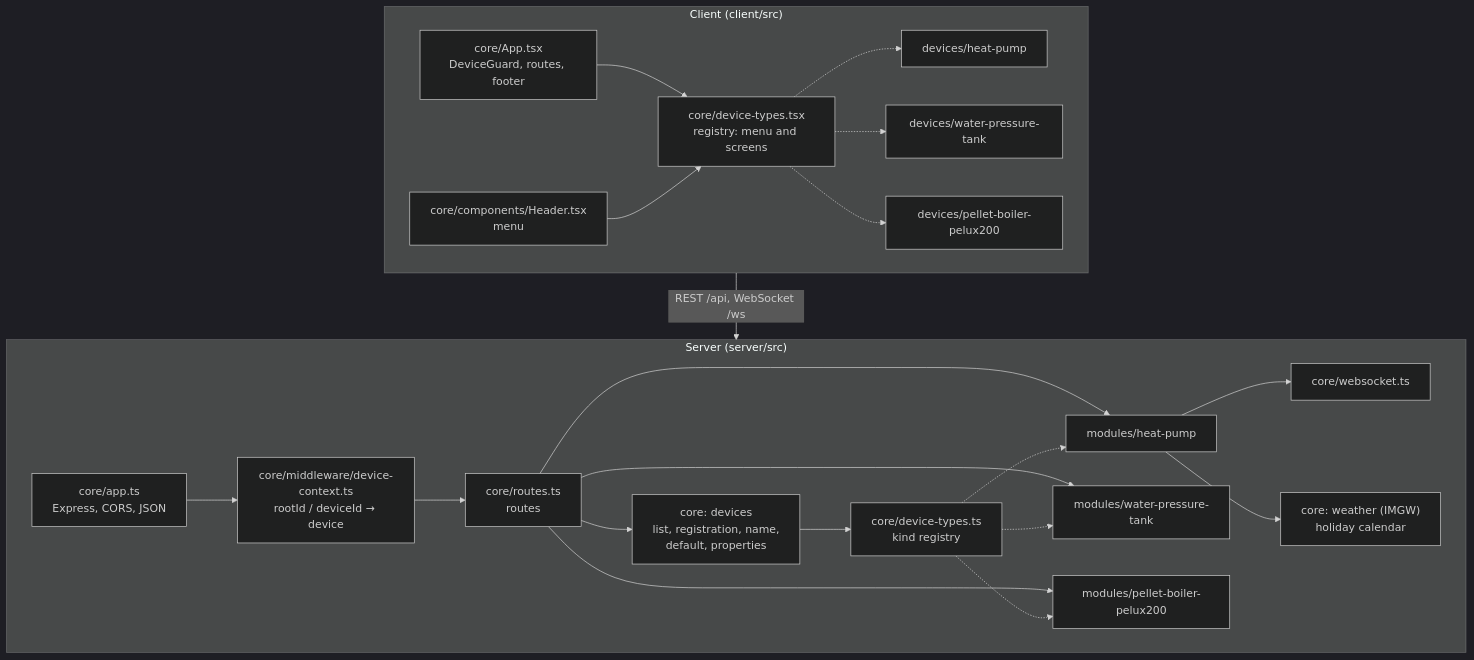
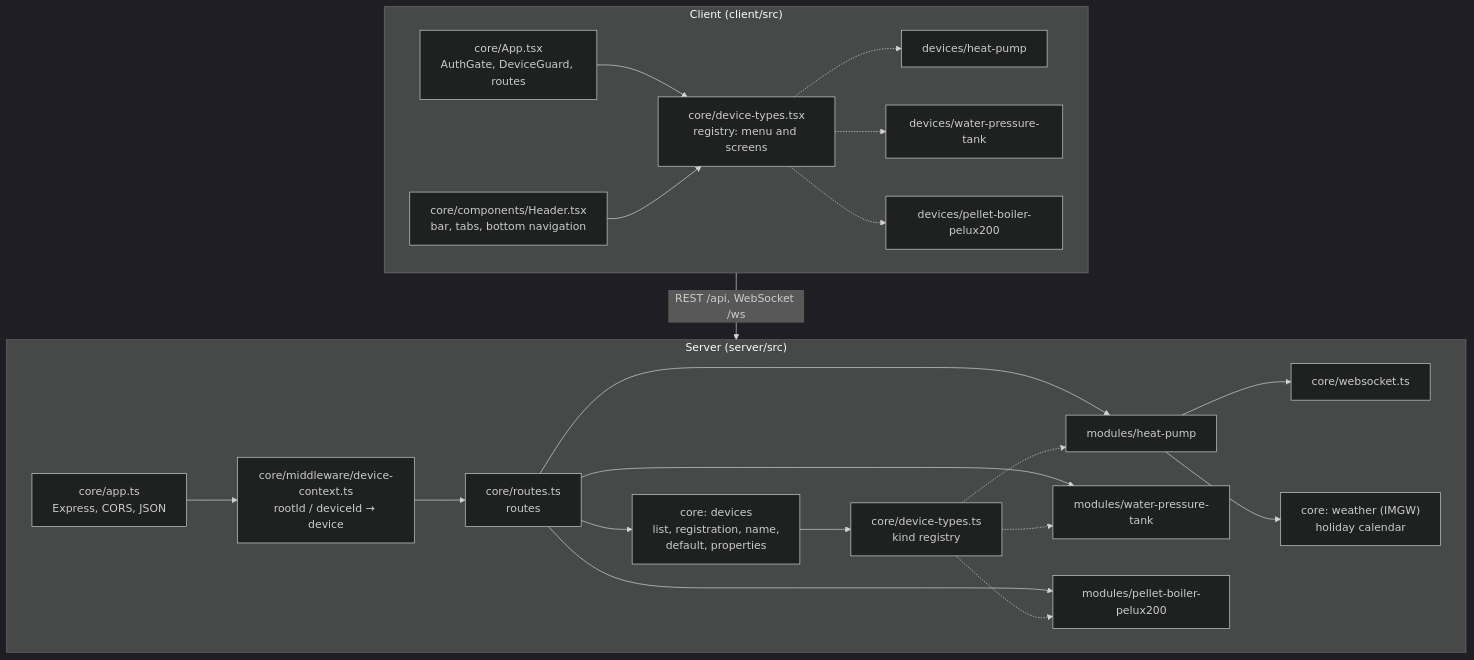
Before and after one commit to robertorlowski/chpc-web: the first of 6 diagrams in docs/en/moduly/core/2-how-it-works.md, drawn with Mermaid (dark theme). The commit also changed other lines of this file and 79 other files, not shown here.

````diff
--- a/docs/en/moduly/core/2-how-it-works.md
+++ b/docs/en/moduly/core/2-how-it-works.md
@@ -9,40 +9,40 @@
 ```mermaid
 flowchart TB
     subgraph Server["Server (server/src)"]
         APP["core/app.ts<br/>Express, CORS, JSON"]
         CTX["core/middleware/device-context.ts<br/>rootId / deviceId → device"]
         RT["core/routes.ts<br/>routes"]
         DEV["core: devices<br/>list, registration, name,<br/>default, properties"]
         REG["core/device-types.ts<br/>kind registry"]
         HPM["modules/heat-pump"]
         WPT["modules/water-pressure-tank"]
         PBM["modules/pellet-boiler-pelux200"]
         WS["core/websocket.ts"]
         MET["core: weather (IMGW)<br/>holiday calendar"]
         APP --> CTX --> RT
         RT --> DEV
         RT --> HPM
         RT --> WPT
         RT --> PBM
         DEV --> REG
         REG -.-> HPM
         REG -.-> WPT
         REG -.-> PBM
         HPM --> WS
         HPM --> MET
     end
     subgraph Client["Client (client/src)"]
-        CAPP["core/App.tsx<br/>DeviceGuard, routes, footer"]
+        CAPP["core/App.tsx<br/>AuthGate, DeviceGuard, routes"]
         CREG["core/device-types.tsx<br/>registry: menu and screens"]
-        HDR["core/components/Header.tsx<br/>menu"]
+        HDR["core/components/Header.tsx<br/>bar, tabs, bottom navigation"]
         CHP["devices/heat-pump"]
         CWP["devices/water-pressure-tank"]
         CPB["devices/pellet-boiler-pelux200"]
         CAPP --> CREG
         HDR --> CREG
         CREG -.-> CHP
         CREG -.-> CWP
         CREG -.-> CPB
     end
     Client -- "REST /api, WebSocket /ws" --> Server
 ```
````
